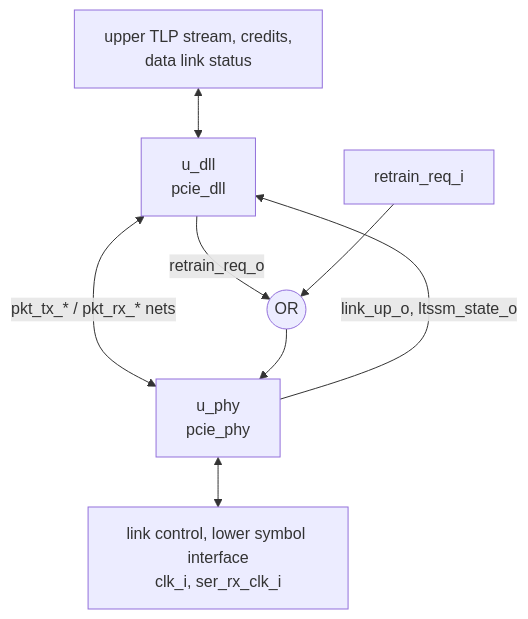
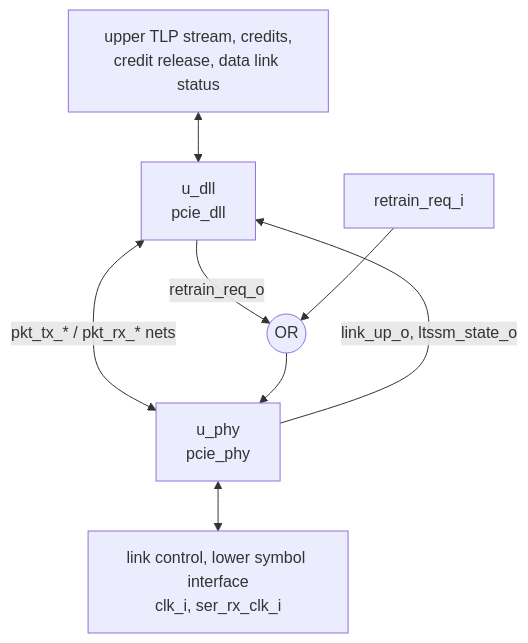
Before and after one commit to amichai-bd/pcie-factory: the diagram in wiki/src/rtl/link/MAS.md, drawn with Mermaid. The commit also changed other lines of this file and 29 other files, not shown here.

First line of the commit message:
rtl: dll and link credit release for the transaction layer

````diff
--- a/wiki/src/rtl/link/MAS.md
+++ b/wiki/src/rtl/link/MAS.md
@@ -10,9 +10,9 @@
 ```mermaid
 flowchart TB
-  up["upper TLP stream, credits,<br/>data link status"] <--> dll["u_dll<br/>pcie_dll"]
+  up["upper TLP stream, credits,<br/>credit release, data link status"] <--> dll["u_dll<br/>pcie_dll"]
   dll <-- "pkt_tx_* / pkt_rx_* nets" --> phy["u_phy<br/>pcie_phy"]
   phy -- "link_up_o, ltssm_state_o" --> dll
   dll -- "retrain_req_o" --> or(("OR"))
   rr["retrain_req_i"] --> or --> phy
   phy <--> low["link control, lower symbol interface<br/>clk_i, ser_rx_clk_i"]
 ```
````
